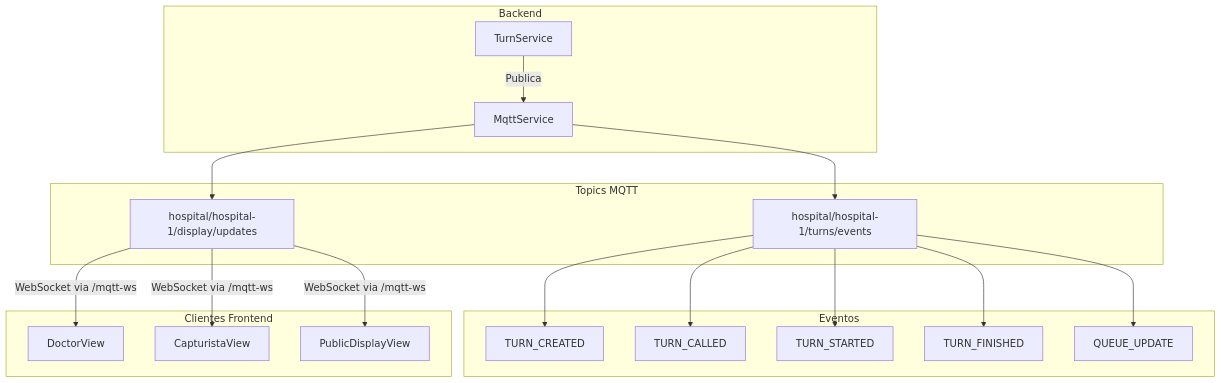
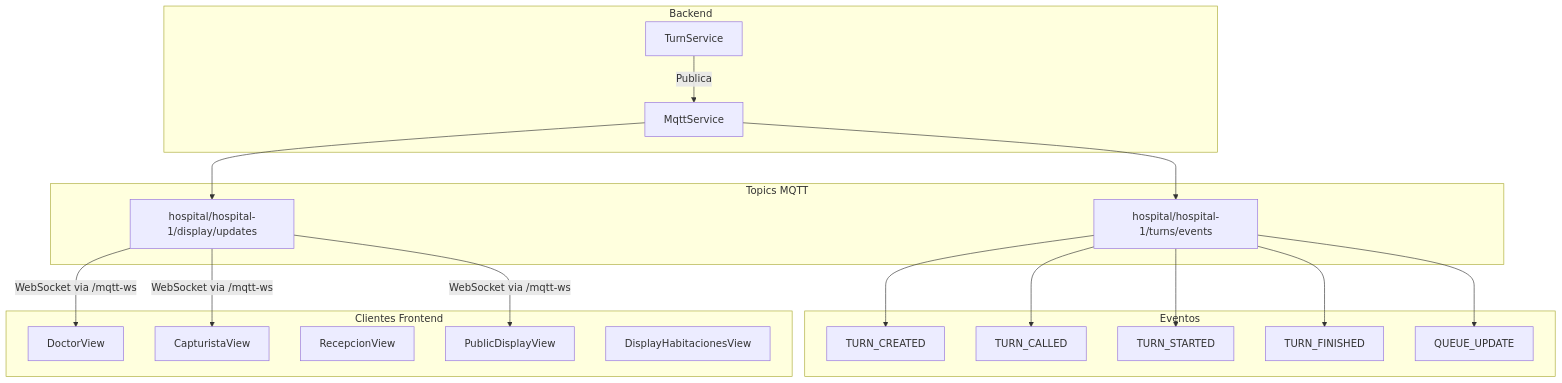
Before and after one commit to monroyhd/app-turnos: the seventh of 17 diagrams in bitacora/diagrama.md, drawn with Mermaid. The commit also changed other lines of this file and 18 other files, not shown here.

````diff
--- a/bitacora/diagrama.md
+++ b/bitacora/diagrama.md
@@ -330,40 +334,42 @@
 ```mermaid
 flowchart TB
     subgraph Backend
         TS[TurnService]
         MS[MqttService]
     end
 
     subgraph Topics["Topics MQTT"]
         T1[hospital/hospital-1/turns/events]
         T2[hospital/hospital-1/display/updates]
     end
 
     subgraph Eventos
         E1[TURN_CREATED]
         E2[TURN_CALLED]
         E3[TURN_STARTED]
         E4[TURN_FINISHED]
         E5[QUEUE_UPDATE]
     end
 
     subgraph Clientes["Clientes Frontend"]
         Doc[DoctorView]
         Cap[CapturistaView]
+        Recep[RecepcionView]
         Disp[PublicDisplayView]
+        DispHB[DisplayHabitacionesView]
     end
 
     TS -->|Publica| MS
     MS --> T1
     MS --> T2
 
     T1 --> E1
     T1 --> E2
     T1 --> E3
     T1 --> E4
     T1 --> E5
 
     T2 -->|WebSocket via /mqtt-ws| Doc
     T2 -->|WebSocket via /mqtt-ws| Cap
     T2 -->|WebSocket via /mqtt-ws| Disp
 ```
````
